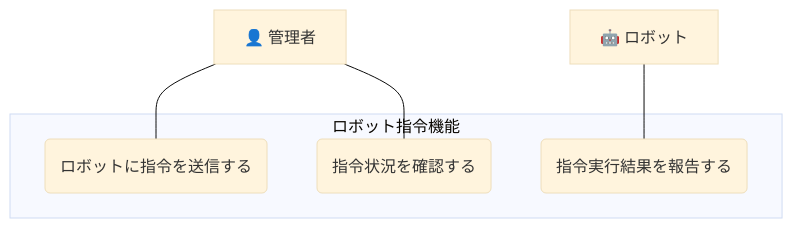
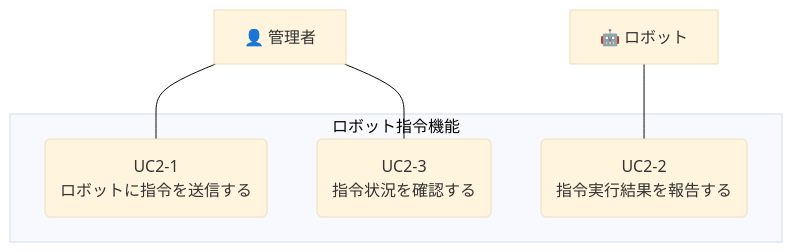
One commit to RikuHayakawa/robot-cloud-system-spec changed the diagram in docs/20_usecases/UC02_robot_command/index.md. Above: the diagram before and after it, drawn with Mermaid (base theme). The commit also changed other lines of this file and 31 other files, not shown here.

````diff
--- a/docs/20_usecases/UC02_robot_command/index.md
+++ b/docs/20_usecases/UC02_robot_command/index.md
@@ -13,14 +19,14 @@
 ```mermaid
 graph TD
     Admin["👤 管理者"]
     Robot["🤖 ロボット"]
     subgraph ロボット指令機能
-        UC1(ロボットに指令を送信する)
-        UC2(指令実行結果を報告する)
-        UC3(指令状況を確認する)
+        UC1(UC2-1<br>ロボットに指令を送信する)
+        UC2(UC2-2<br>指令実行結果を報告する)
+        UC3(UC2-3<br>指令状況を確認する)
     end
 
     Admin --- UC1
     Admin --- UC3
     Robot --- UC2
 ```
````
